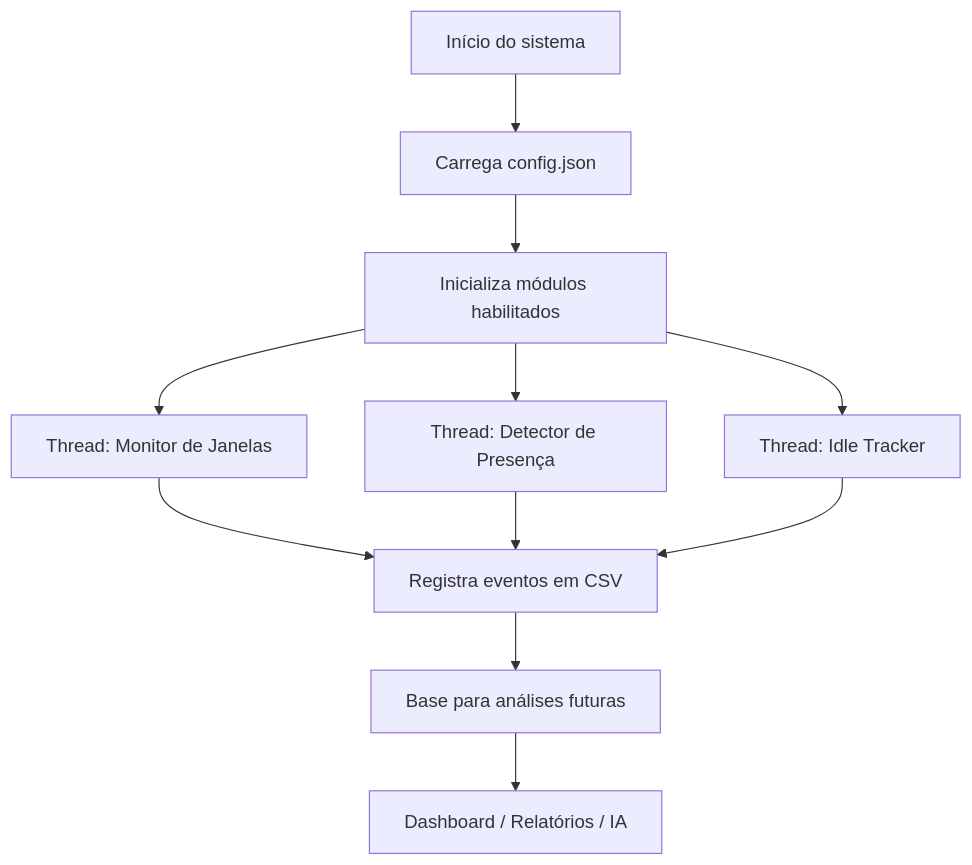
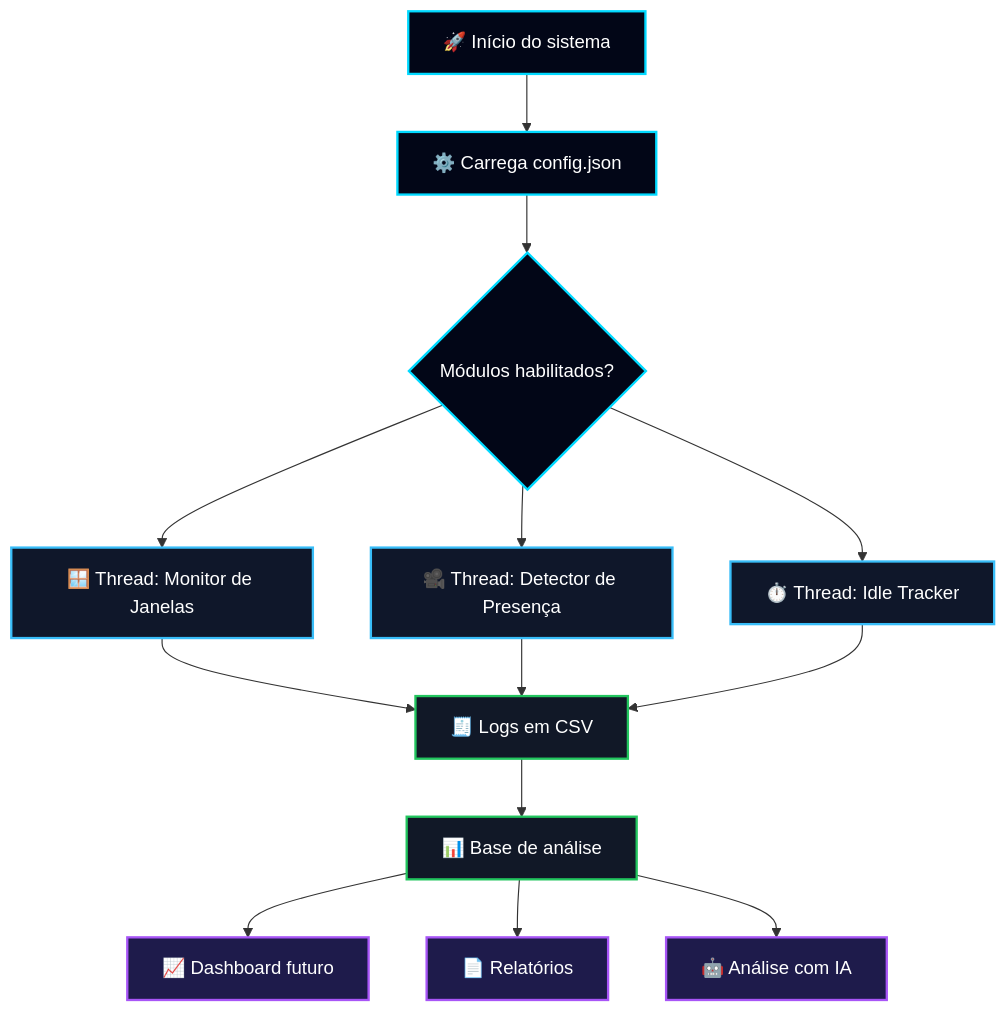
One commit to Dinox75/WorkWatch changed the first of 2 diagrams in README.md. Above: the diagram before and after it, drawn with Mermaid. The commit also changed other lines of this file, not shown here.

````diff
--- a/README.md
+++ b/README.md
@@ -228,13 +234,28 @@
 ```mermaid
 flowchart TD
-    A[Início do sistema] --> B[Carrega config.json]
-    B --> C[Inicializa módulos habilitados]
-    C --> D[Thread: Monitor de Janelas]
-    C --> E[Thread: Detector de Presença]
-    C --> F[Thread: Idle Tracker]
-    D --> G[Registra eventos em CSV]
+    A[🚀 Início do sistema] --> B[⚙️ Carrega config.json]
+    B --> C{Módulos habilitados?}
+ 
+    C --> D[🪟 Thread: Monitor de Janelas]
+    C --> E[🎥 Thread: Detector de Presença]
+    C --> F[⏱️ Thread: Idle Tracker]
+ 
+    D --> G[🧾 Logs em CSV]
     E --> G
     F --> G
-    G --> H[Base para análises futuras]
-    H --> I[Dashboard / Relatórios / IA]
+ 
+    G --> H[📊 Base de análise]
+    H --> I[📈 Dashboard futuro]
+    H --> J[📄 Relatórios]
+    H --> K[🤖 Análise com IA]
+ 
+    classDef start fill:#020617,stroke:#00D9FF,color:#FFFFFF,stroke-width:2px;
+    classDef module fill:#0F172A,stroke:#38BDF8,color:#FFFFFF,stroke-width:2px;
+    classDef data fill:#111827,stroke:#22C55E,color:#FFFFFF,stroke-width:2px;
+    classDef future fill:#1E1B4B,stroke:#A855F7,color:#FFFFFF,stroke-width:2px;
+ 
+    class A,B,C start;
+    class D,E,F module;
+    class G,H data;
+    class I,J,K future;
 ```
````
